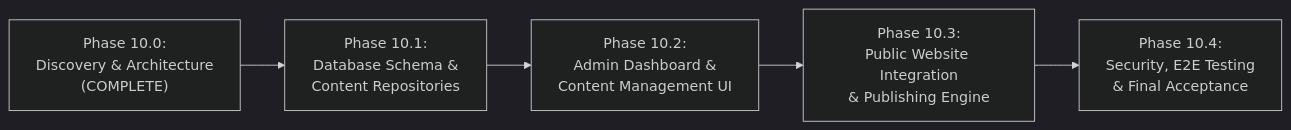
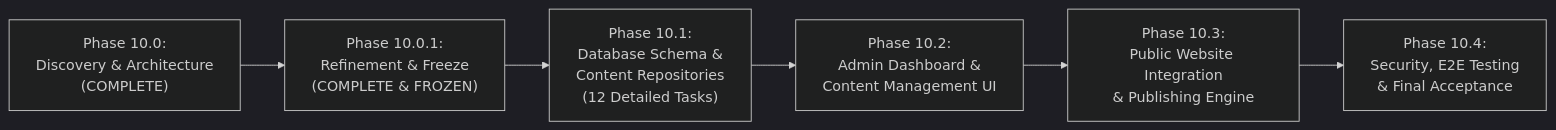
The diagram in docs/phases/PHASE_10_ROADMAP.md (void-tech-shiv/Voidtechsolution), drawn with Mermaid (dark theme) before and after one commit. The commit also changed other lines of this file and 10 other files, not shown here.

Commit message:
docs(phase-10.0.1): complete CMS architecture refinement and design freeze

````diff
--- a/docs/phases/PHASE_10_ROADMAP.md
+++ b/docs/phases/PHASE_10_ROADMAP.md
@@ -17,7 +17,8 @@
 ```mermaid
 flowchart LR
-    M10_0["Phase 10.0:<br/>Discovery & Architecture<br/>(COMPLETE)"] --> M10_1["Phase 10.1:<br/>Database Schema &<br/>Content Repositories"]
+    M10_0["Phase 10.0:<br/>Discovery & Architecture<br/>(COMPLETE)"] --> M10_0_1["Phase 10.0.1:<br/>Refinement & Freeze<br/>(COMPLETE & FROZEN)"]
+    M10_0_1 --> M10_1["Phase 10.1:<br/>Database Schema &<br/>Content Repositories<br/>(12 Detailed Tasks)"]
     M10_1 --> M10_2["Phase 10.2:<br/>Admin Dashboard &<br/>Content Management UI"]
     M10_2 --> M10_3["Phase 10.3:<br/>Public Website Integration<br/>& Publishing Engine"]
     M10_3 --> M10_4["Phase 10.4:<br/>Security, E2E Testing<br/>& Final Acceptance"]
 ```
````
